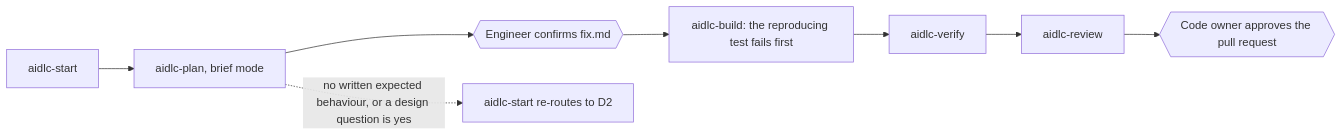
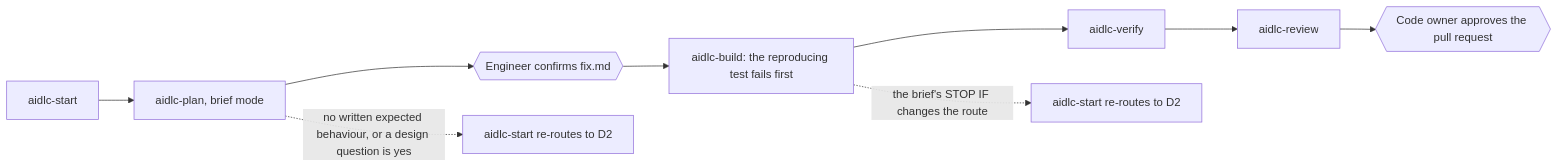
Before and after one commit to prashantsharma18/aidlc: the sixth of 11 diagrams in docs/operating-model/routes.md, drawn with Mermaid. The commit also changed other lines of this file and 3 other files, not shown here.

First line of the commit message:
fix(docs): Plan 18 final review: UNAFFECTED in the story index, status --write, no-repro stop, route I via aidlc-operate, every gate on the sheet, Tier 1 plan approval

````diff
--- a/docs/operating-model/routes.md
+++ b/docs/operating-model/routes.md
@@ -136,10 +142,11 @@
 ```mermaid
 flowchart LR
     start["aidlc-start"] --> plan["aidlc-plan, brief mode"]
     plan --> confirm{{"Engineer confirms fix.md"}}
     confirm --> build["aidlc-build: the reproducing test fails first"]
     build --> verify["aidlc-verify"]
     verify --> review["aidlc-review"]
     review --> merge{{"Code owner approves the pull request"}}
     plan -.->|"no written expected behaviour, or a design question is yes"| reroute["aidlc-start re-routes to D2"]
+    build -.->|"the brief's STOP IF changes the route"| rebuild["aidlc-start re-routes to D2"]
 ```
````
